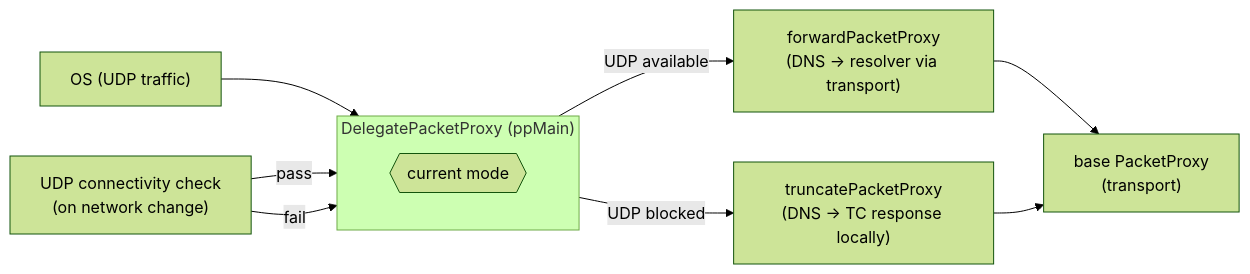
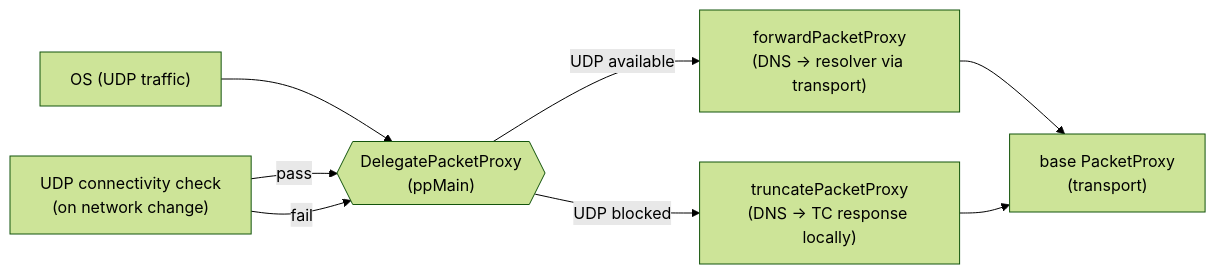
Before and after one commit to OutlineFoundation/outline-apps: the fourth of 4 diagrams in client/go/outline/dnsintercept/README.md, drawn with Mermaid (forest theme).

Commit message:
docs(dnsintercept): fix Mermaid diagram formatting
Use <br/> for line breaks (not \n) and replace subgraph with a
hexagon node to avoid label overlap.

````diff
--- a/client/go/outline/dnsintercept/README.md
+++ b/client/go/outline/dnsintercept/README.md
@@ -114,18 +114,13 @@
 ```mermaid
 flowchart LR
     OS["OS (UDP traffic)"] --> ppMain
+    check["UDP connectivity check<br/>(on network change)"] -->|pass| ppMain
+    check -->|fail| ppMain
 
-    subgraph ppMain ["DelegatePacketProxy (ppMain)"]
-        direction TB
-        state{{"current mode"}}
-    end
+    ppMain{{"DelegatePacketProxy<br/>(ppMain)"}}
+    ppMain -->|UDP available| ppForward["forwardPacketProxy<br/>(DNS → resolver via transport)"]
+    ppMain -->|UDP blocked| ppTrunc["truncatePacketProxy<br/>(DNS → TC response locally)"]
 
-    ppMain -->|UDP available| ppForward["forwardPacketProxy\n(DNS → resolver via transport)"]
-    ppMain -->|UDP blocked| ppTrunc["truncatePacketProxy\n(DNS → TC response locally)"]
-
-    ppForward --> ppBase["base PacketProxy\n(transport)"]
+    ppForward --> ppBase["base PacketProxy<br/>(transport)"]
     ppTrunc --> ppBase
-
-    check["UDP connectivity check\n(on network change)"] -->|pass| ppMain
-    check -->|fail| ppMain
 ```
````
